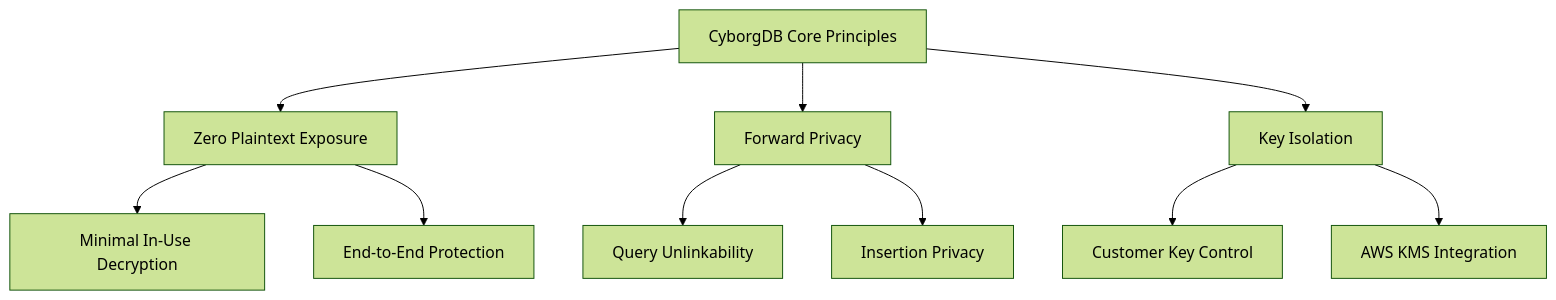
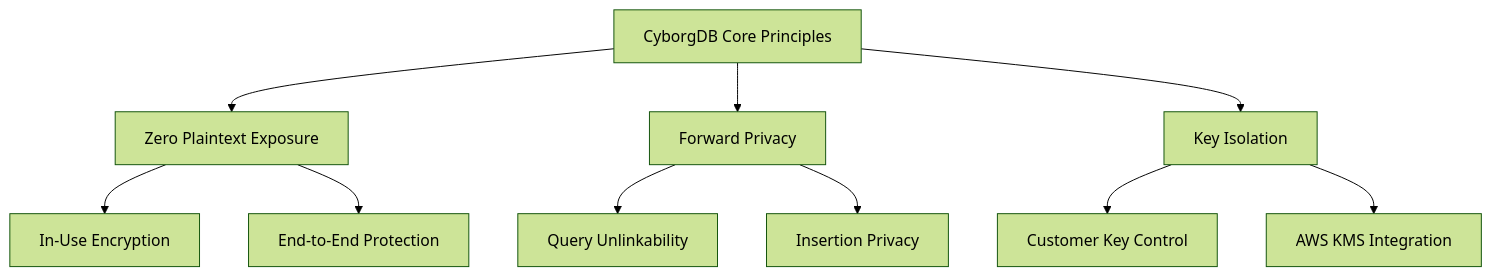
The second of 2 diagrams in versions/next/intro/security-overview.mdx (cyborginc/cyborgdb-docs), drawn with Mermaid (forest theme) before and after one commit. The commit also changed other lines of this file and 8 other files, not shown here.

````diff
--- a/versions/next/intro/security-overview.mdx
+++ b/versions/next/intro/security-overview.mdx
@@ -80,15 +80,15 @@
 ```mermaid
 graph TD
     A[CyborgDB Core Principles] --> B[Zero Plaintext Exposure]
     A --> C[Forward Privacy]
     A --> D[Key Isolation]
     
-    B --> F[Minimal In-Use Decryption]
+    B --> F[In-Use Encryption]
     B --> G[End-to-End Protection]
     
     C --> H[Query Unlinkability]
     C --> I[Insertion Privacy]
     
     D --> J[Customer Key Control]
     D --> K[AWS KMS Integration]
 ```
````
